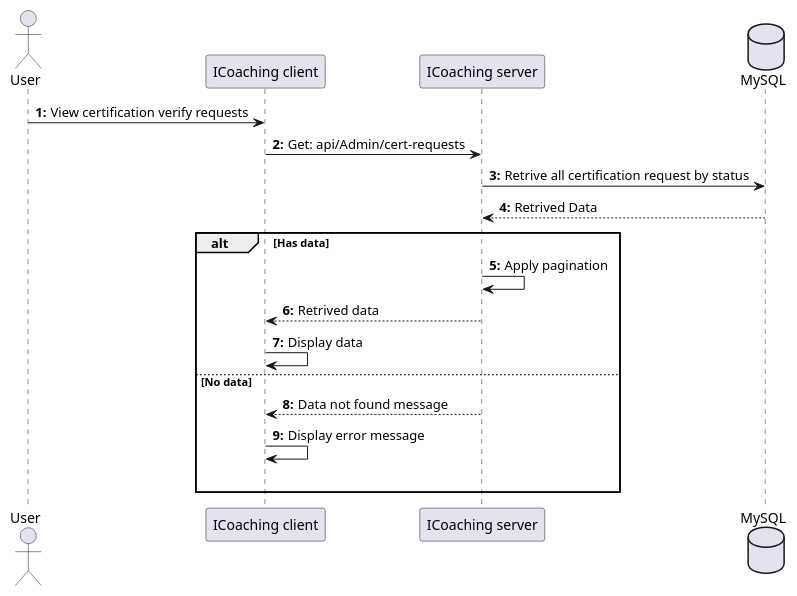
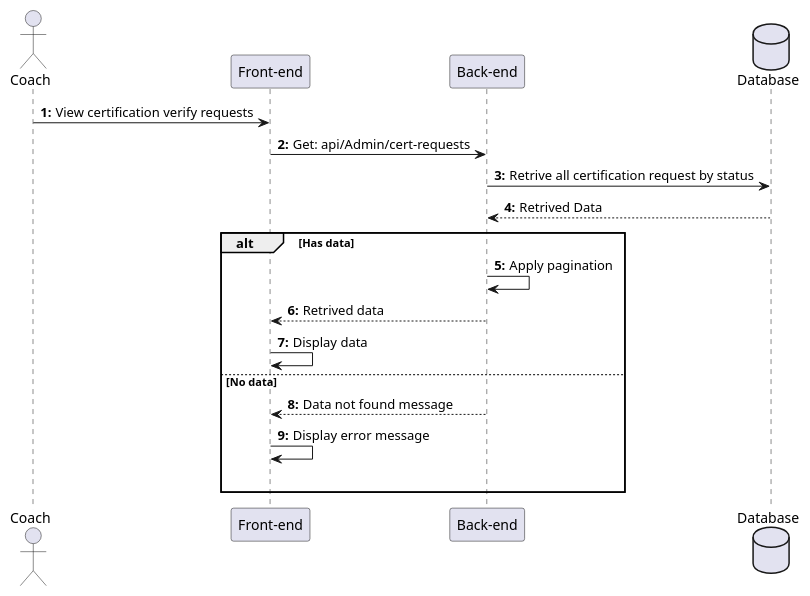
Before and after one commit to HTPhong-276/iCoaching-Diagrams: the diagram in Sequences_diagrams/ViewCoachVerifyReq.pu, drawn with PlantUML. The commit also changed 25 other files, not shown here.

```diff
--- a/Sequences_diagrams/ViewCoachVerifyReq.pu
+++ b/Sequences_diagrams/ViewCoachVerifyReq.pu
@@ -1,25 +1,25 @@
 @startuml ViewCoachVerifyRequest
 
-actor User as user
-participant "ICoaching client" as client
-participant "ICoaching server" as server 
-database "MySQL" as db
+actor Coach as user
+participant "Front-end" as client
+participant "Back-end" as server 
+database "Database" as db
 
 autonumber "<b>0:"
 
 user -> client : View certification verify requests 
 client -> server : Get: api/Admin/cert-requests
 server -> db : Retrive all certification request by status
 db --> server : Retrived Data
 
 alt Has data
     server -> server : Apply pagination
     server --> client : Retrived data
     client -> client : Display data
 
 else No data
     server --> client : Data not found message
     client -> client : Display error message 
     |||
 end 
 @enduml
```
